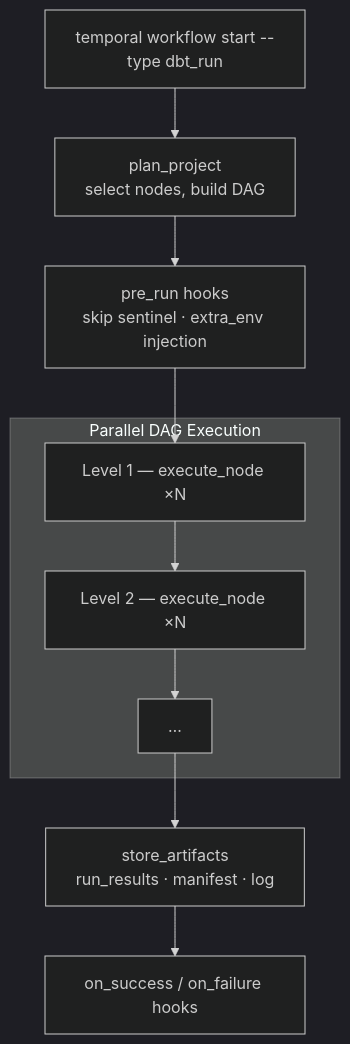
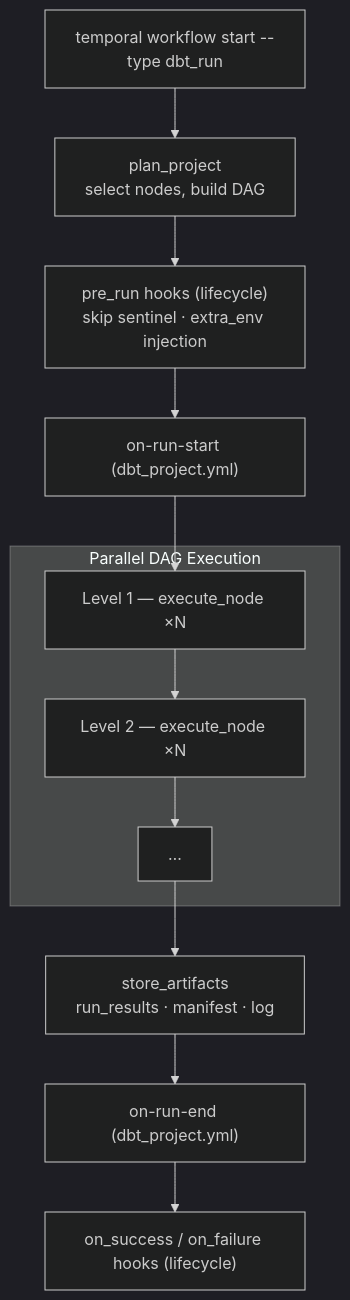
The diagram in README.md (thejens/dbt-temporal), drawn with Mermaid (dark theme) before and after one commit. The commit also changed other lines of this file and 1 other file, not shown here.

Commit message:
docs: refresh README + architecture for current state
- Replace stale 2.0.0-preview.174 reference with the actual pinned
  dbt-fusion git rev (00969f9, 2026-04-25 main).
- Update Temporal Rust SDK version (0.1.0-alpha.1 → 0.3.0) and link.
- Reflect on-run-start / on-run-end project hooks in both Mermaid flow
  diagrams (README quick view + architecture detail).
- Add project_hooks.rs and heartbeat.rs to the architecture file index.
- Expand the "How It Works" prose to cover the new hook activities and
  the heartbeat ticker that lives alongside execute_node.

````diff
--- a/README.md
+++ b/README.md
@@ -21,14 +21,16 @@
 ```mermaid
 flowchart TD
     Start["temporal workflow start --type dbt_run"] --> Plan
     Plan["plan_project\nselect nodes, build DAG"] --> PreHooks
-    PreHooks["pre_run hooks\nskip sentinel · extra_env injection"] --> L1
+    PreHooks["pre_run hooks (lifecycle)\nskip sentinel · extra_env injection"] --> OnStart
+    OnStart["on-run-start (dbt_project.yml)"] --> L1
 
     subgraph DAG["Parallel DAG Execution"]
         L1["Level 1 — execute_node ×N"] --> L2["Level 2 — execute_node ×N"]
         L2 --> LN["…"]
     end
 
     LN --> Store["store_artifacts\nrun_results · manifest · log"]
-    Store --> PostHooks["on_success / on_failure hooks"]
+    Store --> OnEnd["on-run-end (dbt_project.yml)"]
+    OnEnd --> PostHooks["on_success / on_failure hooks (lifecycle)"]
 ```
````
